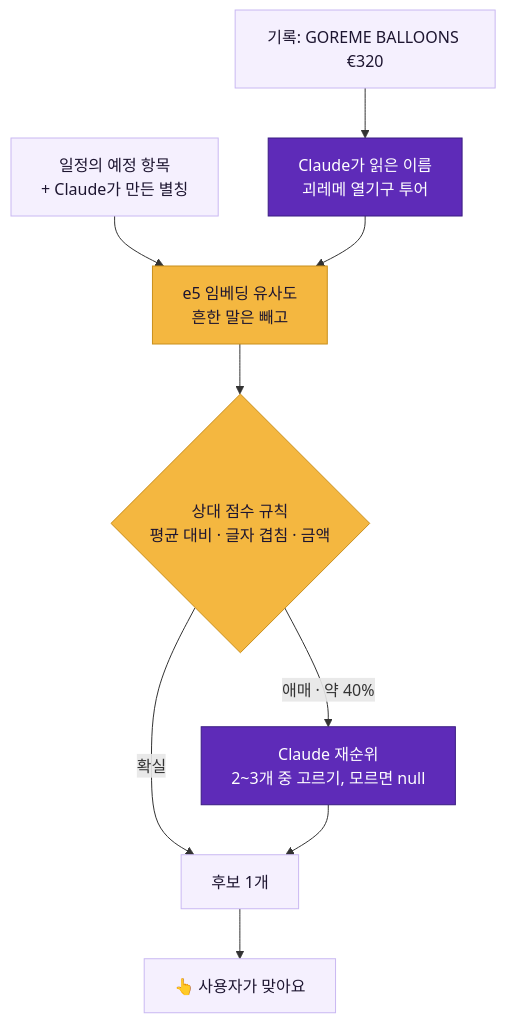
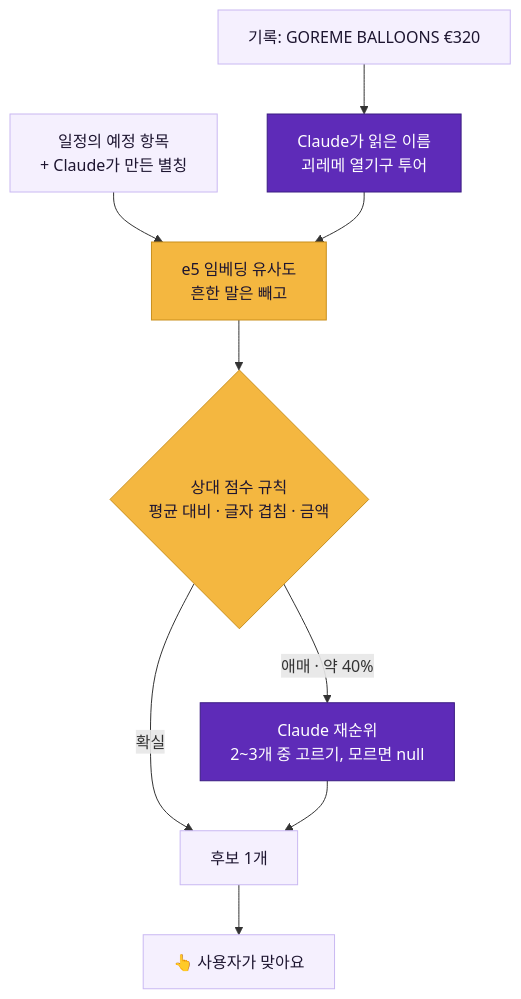
The second of 3 diagrams in README.md (Hanatour-AI-290/hanatour-290-app), drawn with Mermaid before and after one commit. The commit also changed other lines of this file, not shown here.

````diff
--- a/README.md
+++ b/README.md
@@ -146,18 +147,19 @@
 ```mermaid
+%%{init: {"flowchart": {"wrappingWidth": 480}, "markdownAutoWrap": false}}%%
 flowchart TB
     REC["기록: GOREME BALLOONS €320"] --> N["Claude가 읽은 이름<br/>괴레메 열기구 투어"]
     PLAN["일정의 예정 항목<br/>+ Claude가 만든 별칭"] --> E
     N --> E["e5 임베딩 유사도<br/>흔한 말은 빼고"]
     E --> RULE{"상대 점수 규칙<br/>평균 대비 · 글자 겹침 · 금액"}
     RULE -- "확실" --> ONE["후보 1개"]
     RULE -- "애매 · 약 40%" --> RR["Claude 재순위<br/>2~3개 중 고르기, 모르면 null"]
     RR --> ONE
     ONE --> U["👆 사용자가 맞아요"]
 
     classDef ai fill:#5e2bb8,stroke:#3a1c82,color:#fff
     classDef rule fill:#f4b740,stroke:#c98f1c,color:#1d1530
     classDef io fill:#f5f0fe,stroke:#c9b8f2,color:#1d1530
     class N,RR ai
     class E,RULE rule
     class REC,PLAN,ONE,U io
 ```
````
